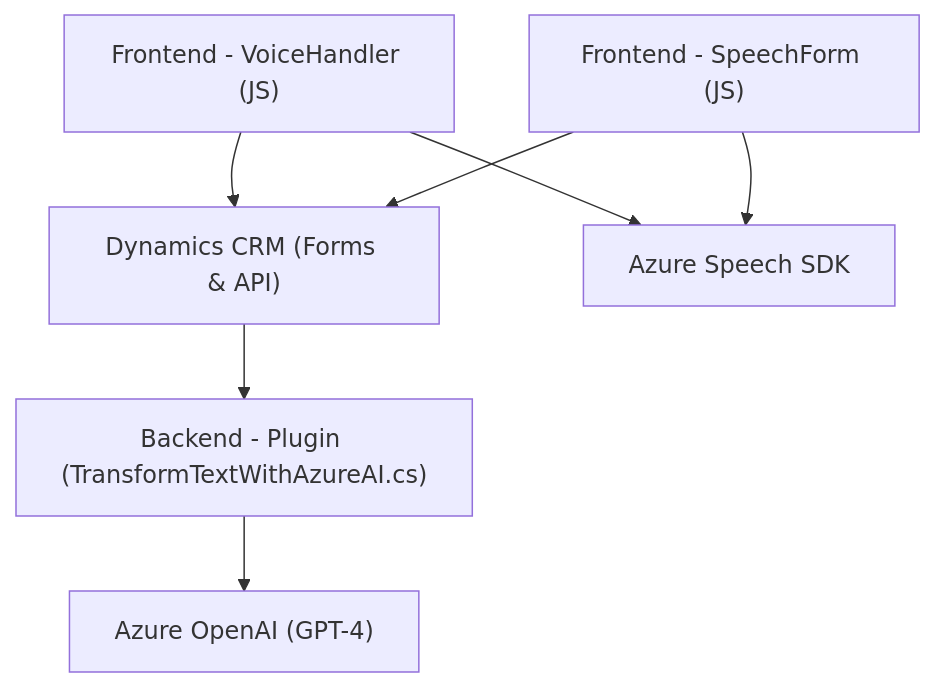
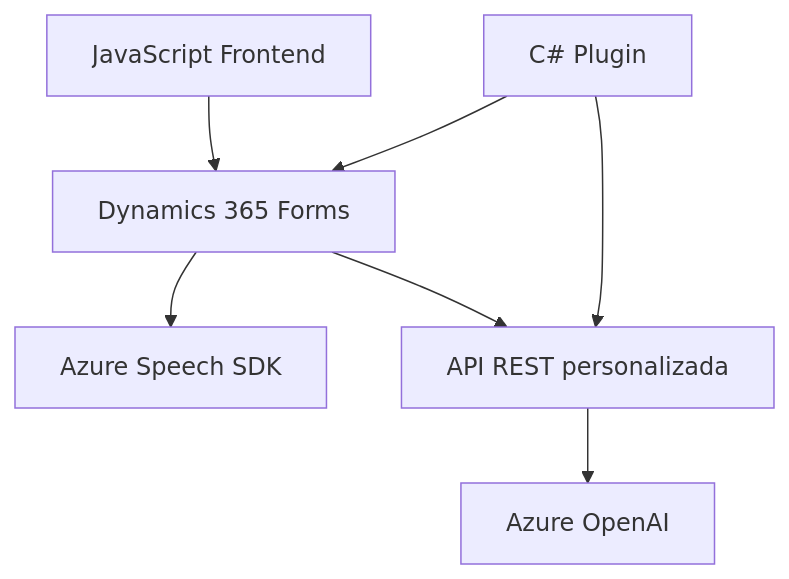
One commit to blopezdm/NETCORE_BILBAO2025 changed the diagram in README.md. Above: the diagram before and after it, drawn with Mermaid. The commit also changed other lines of this file, not shown here.

````diff
--- a/README.md
+++ b/README.md
@@ -45,16 +47,9 @@
 ```mermaid
 graph TD
-    A["Frontend - VoiceHandler (JS)"]
-    B["Frontend - SpeechForm (JS)"]
-    C["Backend - Plugin (TransformTextWithAzureAI.cs)"]
-    D["Dynamics CRM (Forms & API)"]
-    E["Azure Speech SDK"]
-    F["Azure OpenAI (GPT-4)"]
-    
-    A --> E
-    B --> E
-    A --> D
-    B --> D
-    C --> F
-    D --> C
+    A["JavaScript Frontend"] --> B["Dynamics 365 Forms"]
+    B --> C["Azure Speech SDK"]
+    B --> D["API REST personalizada"]
+    D --> E["Azure OpenAI"]
+    F["C# Plugin"] --> D
+    F --> B
 ```
````
